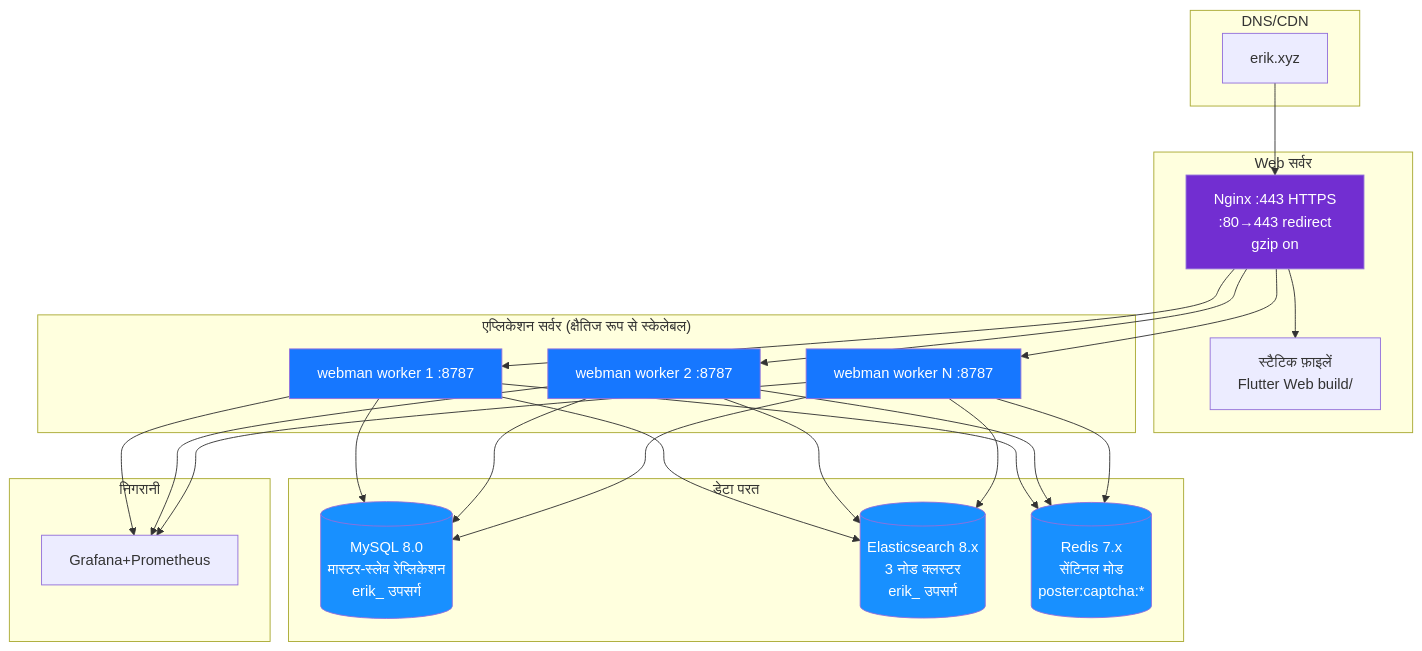
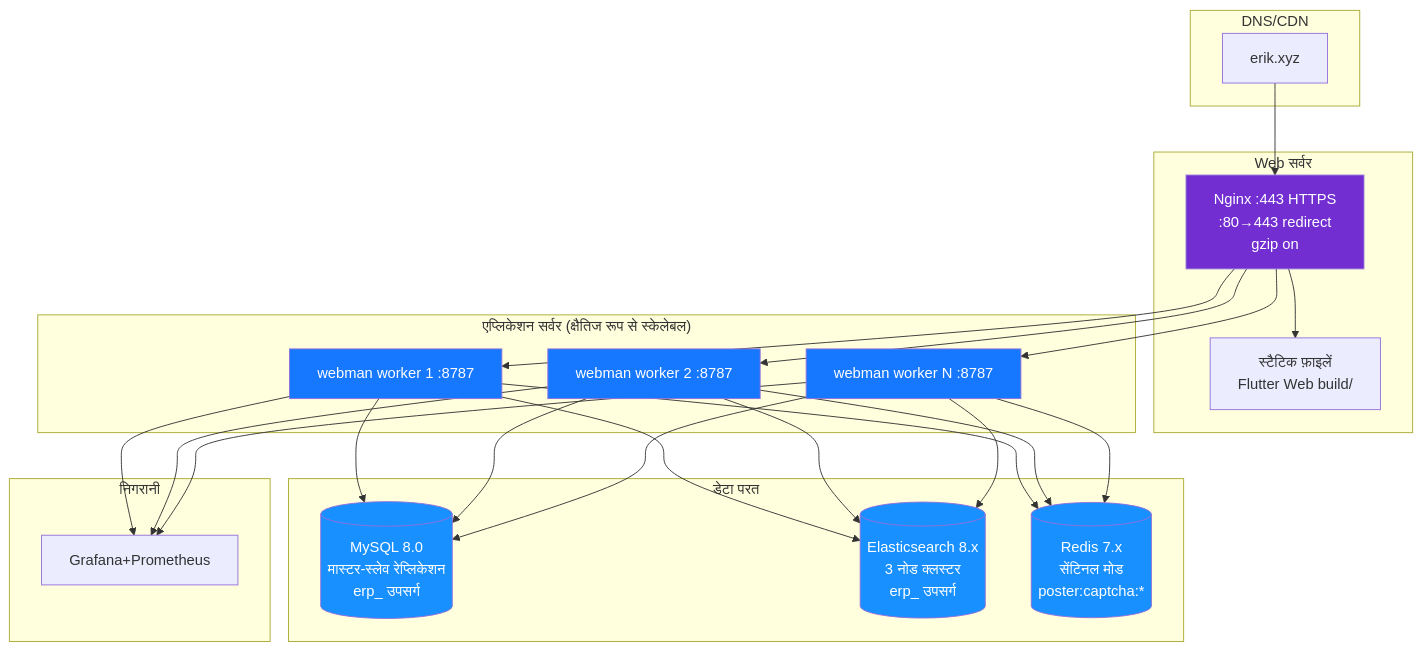
One commit to erikwang2013/erp-php changed the diagram in docs/i18n/hi/diagrams/12-deployment.md. Above: the diagram before and after it, drawn with Mermaid. The commit also changed 449 other files, not shown here.

First line of the commit message:
全局命名统一：数据库 erp、表前缀 erp_、Redis 前缀 erp:（原 erik_/open_admin）

````diff
--- a/docs/i18n/hi/diagrams/12-deployment.md
+++ b/docs/i18n/hi/diagrams/12-deployment.md
@@ -3,45 +3,45 @@
 ```mermaid
 flowchart TB
     subgraph dns["DNS/CDN"]
         domain["erik.xyz"]
     end
 
     subgraph web["Web सर्वर"]
         nginx["Nginx :443 HTTPS<br/>:80→443 redirect<br/>gzip on"]
         static["स्टैटिक फ़ाइलें<br/>Flutter Web build/"]
     end
 
     subgraph app["एप्लिकेशन सर्वर (क्षैतिज रूप से स्केलेबल)"]
         wm1["webman worker 1 :8787"]
         wm2["webman worker 2 :8787"]
         wm3["webman worker N :8787"]
     end
 
     subgraph data["डेटा परत"]
-        mysql[("MySQL 8.0<br/>मास्टर-स्लेव रेप्लिकेशन<br/>erik_ उपसर्ग")]
-        es[("Elasticsearch 8.x<br/>3 नोड क्लस्टर<br/>erik_ उपसर्ग")]
+        mysql[("MySQL 8.0<br/>मास्टर-स्लेव रेप्लिकेशन<br/>erp_ उपसर्ग")]
+        es[("Elasticsearch 8.x<br/>3 नोड क्लस्टर<br/>erp_ उपसर्ग")]
         redis[("Redis 7.x<br/>सेंटिनल मोड<br/>poster:captcha:*")]
     end
 
     subgraph monitor["निगरानी"]
         grafana["Grafana+Prometheus"]
     end
 
     domain --> nginx
     nginx --> static
     nginx --> wm1
     nginx --> wm2
     nginx --> wm3
     wm1 & wm2 & wm3 --> mysql
     wm1 & wm2 & wm3 --> es
     wm1 & wm2 & wm3 --> redis
     wm1 & wm2 & wm3 --> grafana
 
     style nginx fill:#722ED1,color:#fff
     style wm1 fill:#1677FF,color:#fff
     style wm2 fill:#1677FF,color:#fff
     style wm3 fill:#1677FF,color:#fff
     style mysql fill:#1890FF,color:#fff
     style es fill:#1890FF,color:#fff
     style redis fill:#1890FF,color:#fff
 ```
````
